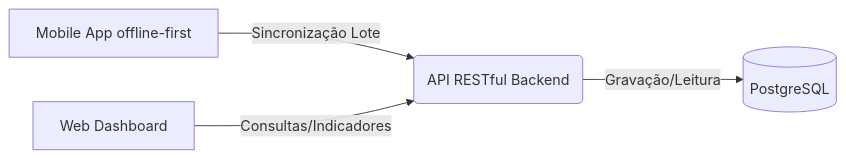
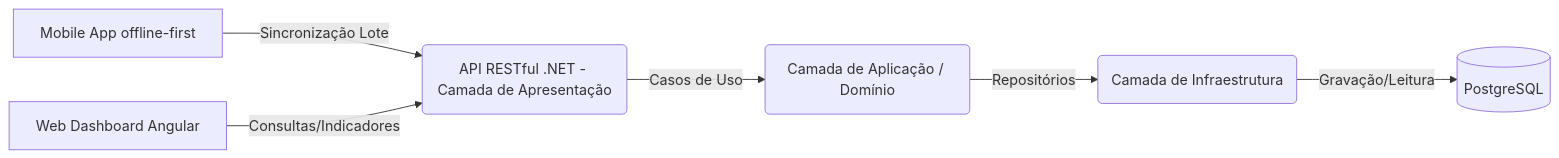
One commit to wendellsantos2/projeto_sistema_coleta_dadosEscolares changed the diagram in README.md. Above: the diagram before and after it, drawn with Mermaid. The commit also changed other lines of this file, not shown here.

Commit message:
docs: reestrutura a documentação do backend para adotar a arquitetura DDD

````diff
--- a/README.md
+++ b/README.md
@@ -14,6 +16,8 @@
 ```mermaid
 graph LR
-    A[Mobile App offline-first] -->|Sincronização Lote| B(API RESTful Backend)
-    B -->|Gravação/Leitura| C[(PostgreSQL)]
-    D[Web Dashboard] -->|Consultas/Indicadores| B
+    A[Mobile App offline-first] -->|Sincronização Lote| B(API RESTful .NET - Camada de Apresentação)
+    B -->|Casos de Uso| C(Camada de Aplicação / Domínio)
+    C -->|Repositórios| D(Camada de Infraestrutura)
+    D -->|Gravação/Leitura| E[(PostgreSQL)]
+    F[Web Dashboard Angular] -->|Consultas/Indicadores| B
 ```
````
